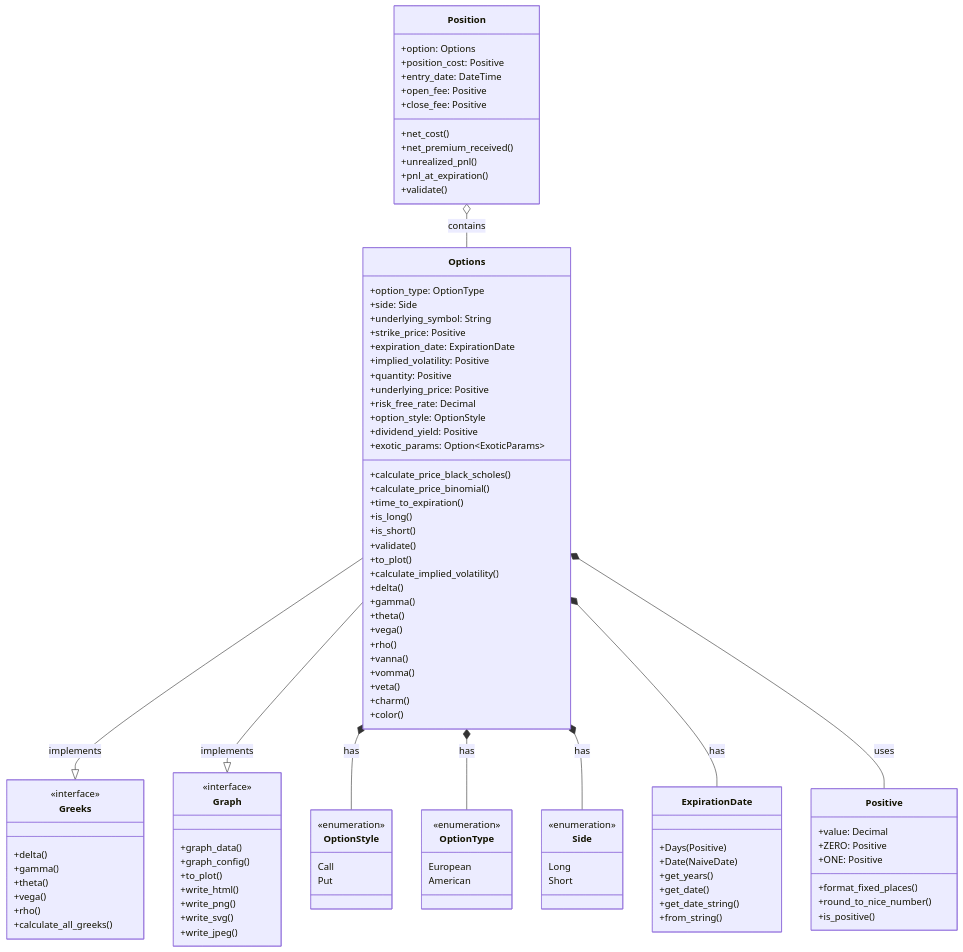
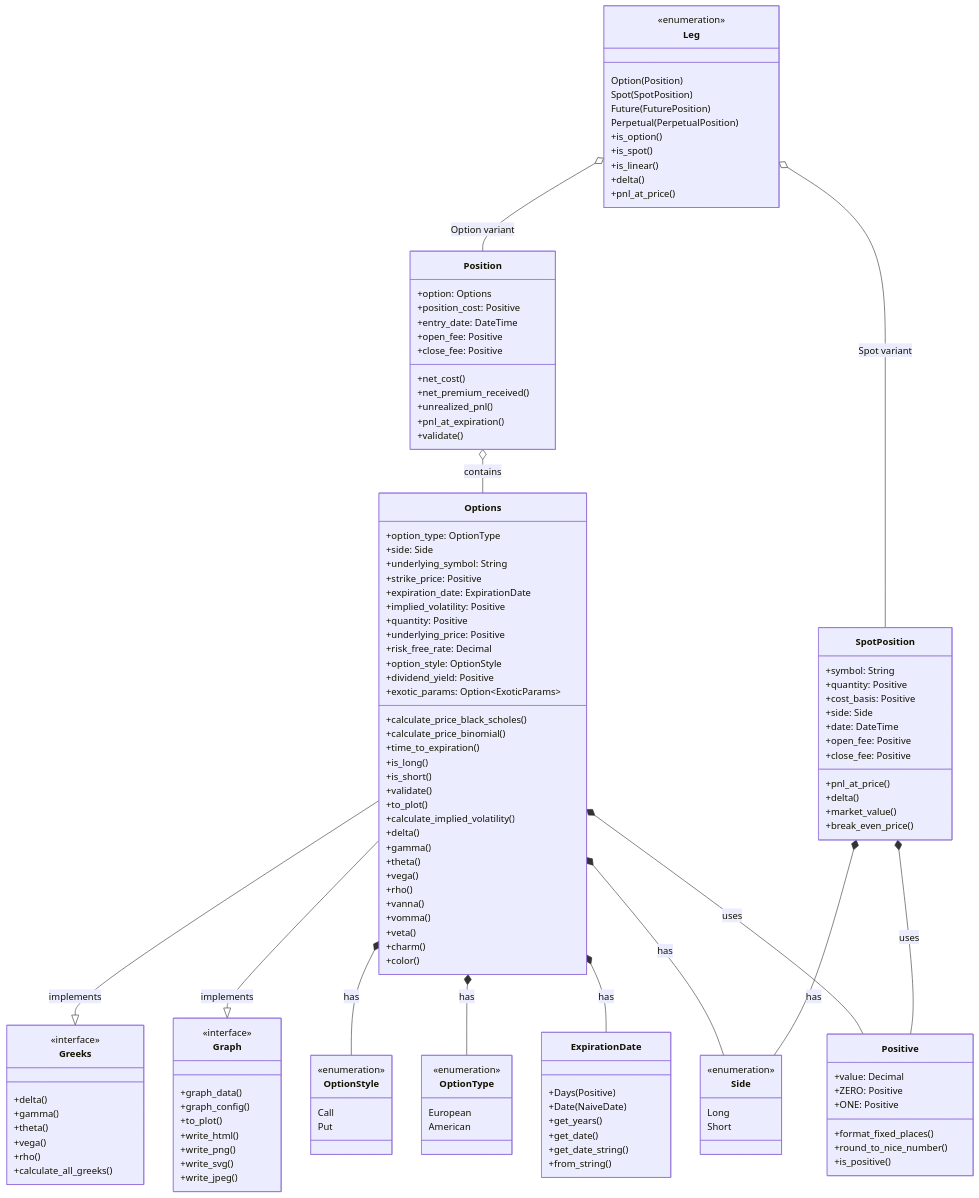
Before and after one commit to joaquinbejar/OptionStratLib: the diagram in README.md, drawn with Mermaid. The commit also changed other lines of this file and 1 other file, not shown here.

Commit message:
Add multi-instrument leg support with `Leg` enum and related structs, including `SpotPosition`, `FuturePosition`, and `PerpetualPosition`. Update README and documentation to reflect `CoveredCall` spot leg support and multi-asset strategies.
Closes #198

```diff
--- a/README.md
+++ b/README.md
@@ -289,6 +296,33 @@
 +unrealized_pnl()
 +pnl_at_expiration()
 +validate()
+}
+
+class Leg {
+<<enumeration>>
+Option(Position)
+Spot(SpotPosition)
+Future(FuturePosition)
+Perpetual(PerpetualPosition)
++is_option()
++is_spot()
++is_linear()
++delta()
++pnl_at_price()
+}
+
+class SpotPosition {
++symbol: String
++quantity: Positive
++cost_basis: Positive
++side: Side
++date: DateTime<Utc>
++open_fee: Positive
++close_fee: Positive
++pnl_at_price()
++delta()
++market_value()
++break_even_price()
 }
 
 class ExpirationDate {
@@ -351,6 +385,10 @@
 Options --|> Greeks : implements
 Options --|> Graph : implements
 Position o-- Options : contains
+Leg o-- Position : Option variant
+Leg o-- SpotPosition : Spot variant
+SpotPosition *-- Side : has
+SpotPosition *-- Positive : uses
 Options *-- OptionStyle : has
 Options *-- OptionType : has
 Options *-- Side : has
```
